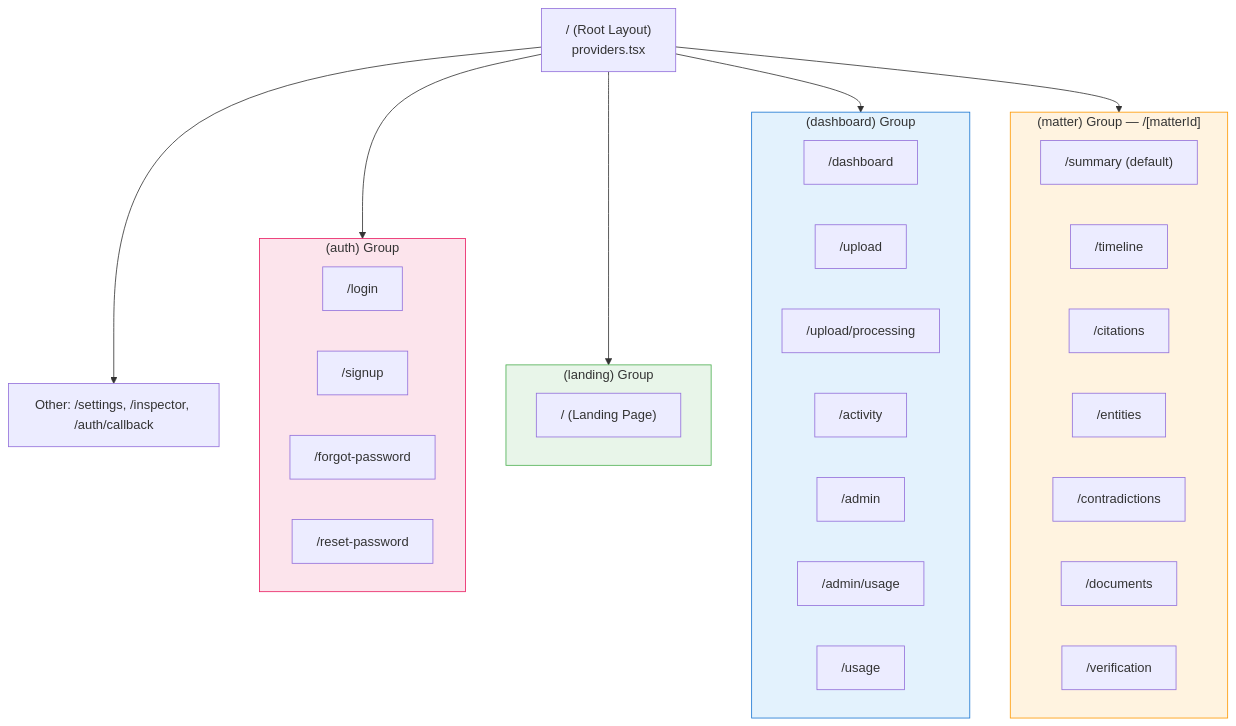
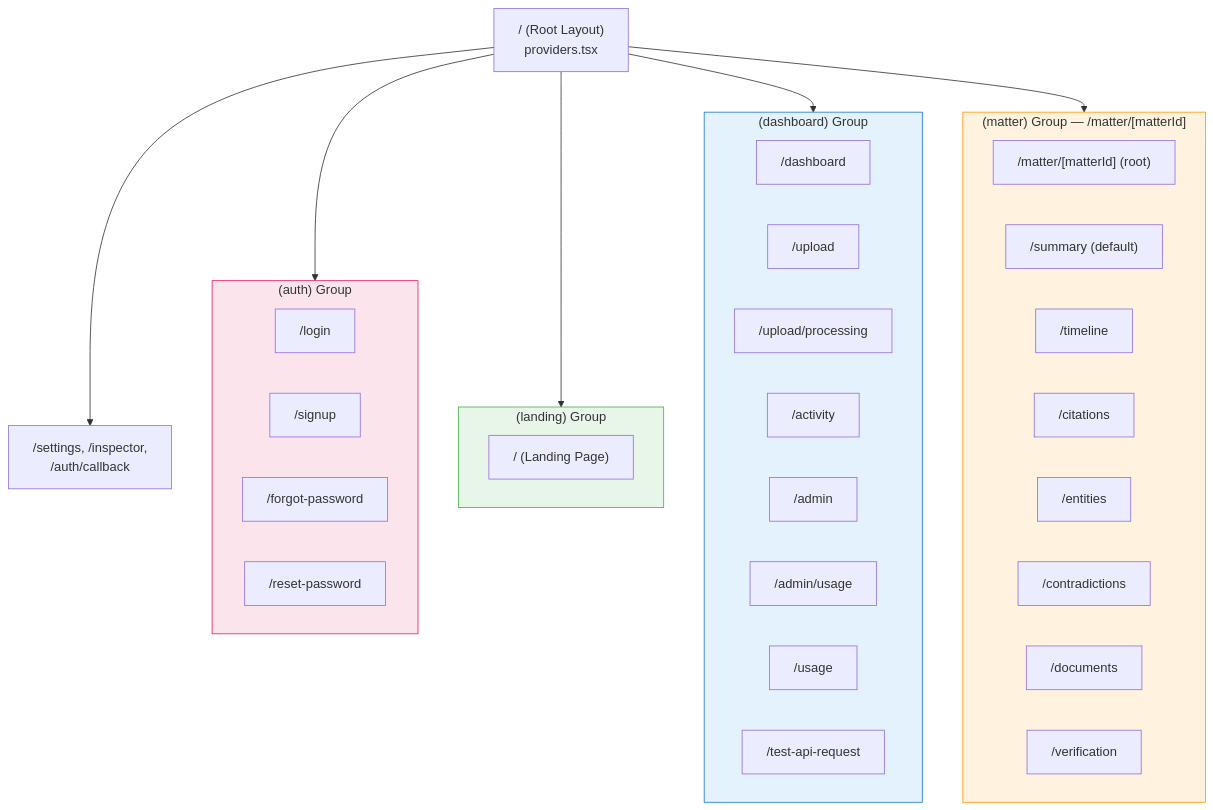
One commit to juhinebhnani4/LDIP changed the fifth of 11 diagrams in docs/architecture-diagrams.md. Above: the diagram before and after it, drawn with Mermaid. The commit also changed other lines of this file, not shown here.

First line of the commit message:
docs: update architecture diagrams with full codebase coverage

````diff
--- a/docs/architecture-diagrams.md
+++ b/docs/architecture-diagrams.md
@@ -248,48 +277,50 @@
 ```mermaid
 graph TB
     ROOT["/ (Root Layout)<br/>providers.tsx"]
 
     subgraph AUTH_GROUP["(auth) Group"]
         LOGIN["/login"]
         SIGNUP["/signup"]
         FORGOT["/forgot-password"]
         RESET["/reset-password"]
     end
 
     subgraph LANDING_GROUP["(landing) Group"]
         LANDING["/ (Landing Page)"]
     end
 
     subgraph DASH_GROUP["(dashboard) Group"]
         DASH["/dashboard"]
         UPLOAD_PAGE["/upload"]
         UPLOAD_PROC["/upload/processing"]
         ACTIVITY["/activity"]
         ADMIN["/admin"]
         ADMIN_USAGE["/admin/usage"]
         USAGE["/usage"]
+        TEST_API["/test-api-request"]
     end
 
-    subgraph MATTER_GROUP["(matter) Group — /[matterId]"]
+    subgraph MATTER_GROUP["(matter) Group — /matter/[matterId]"]
+        MATTER_ROOT["/matter/[matterId] (root)"]
         SUMMARY_TAB["/summary (default)"]
         TIMELINE_TAB["/timeline"]
         CITATIONS_TAB["/citations"]
         ENTITIES_TAB["/entities"]
         CONTRA_TAB["/contradictions"]
         DOCS_TAB["/documents"]
         VERIFY_TAB["/verification"]
     end
 
-    OTHER_ROUTES["Other: /settings, /inspector, /auth/callback"]
+    OTHER_ROUTES["/settings, /inspector,<br/>/auth/callback"]
 
     ROOT --> AUTH_GROUP
     ROOT --> LANDING_GROUP
     ROOT --> DASH_GROUP
     ROOT --> MATTER_GROUP
     ROOT --> OTHER_ROUTES
 
     style AUTH_GROUP fill:#fce4ec,stroke:#E91E63
     style LANDING_GROUP fill:#e8f5e9,stroke:#4CAF50
     style DASH_GROUP fill:#e3f2fd,stroke:#1976D2
     style MATTER_GROUP fill:#fff3e0,stroke:#FF9800
 ```
````
